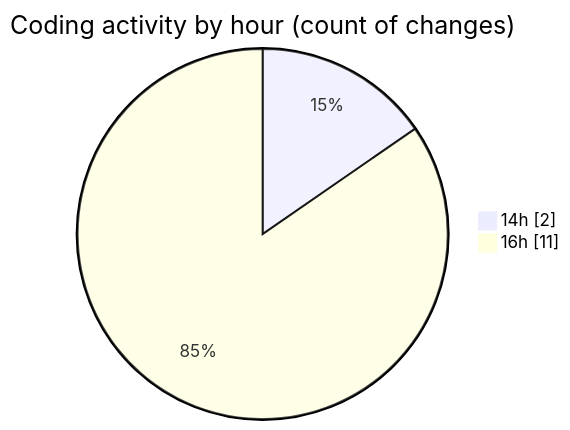
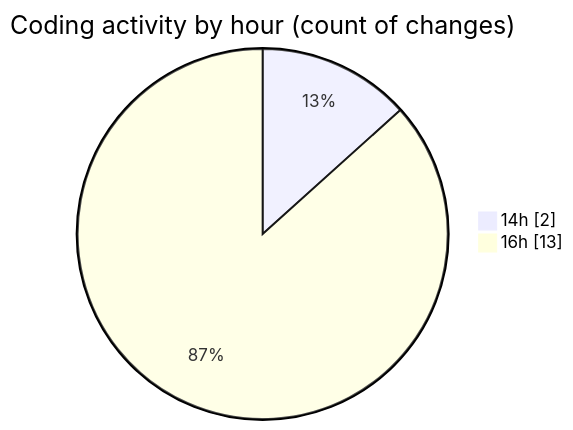
One commit to igalym/code-tracking changed the second of 2 diagrams in 2026-01-05/budget_front_nest/README.md. Above: the diagram before and after it, drawn with Mermaid. The commit also changed other lines of this file and 1 other file, not shown here.

````diff
--- a/2026-01-05/budget_front_nest/README.md
+++ b/2026-01-05/budget_front_nest/README.md
@@ -34,6 +34,6 @@
 ```mermaid
 pie showData
 title Coding activity by hour (count of changes)
 "14h" : 2
-"16h" : 11
+"16h" : 13
 ```
````
